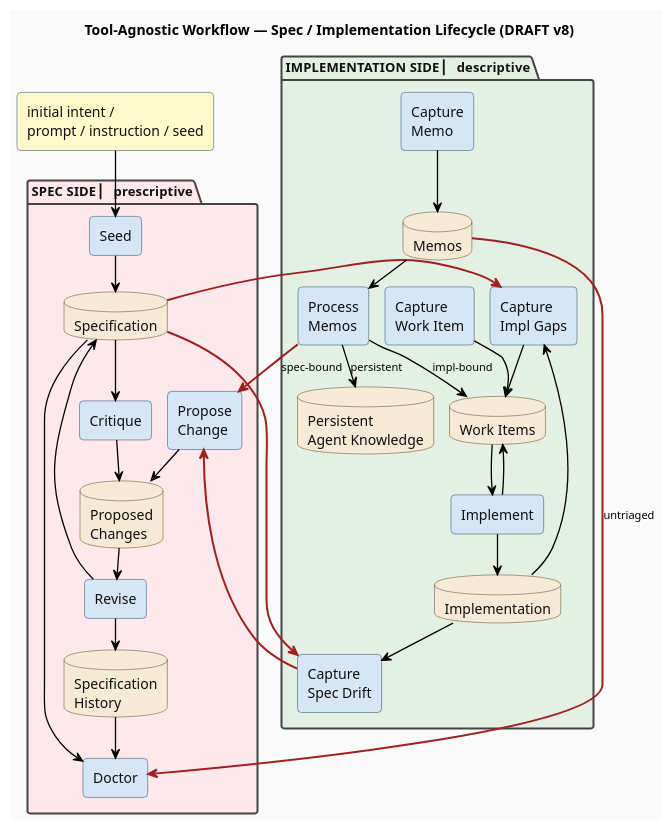
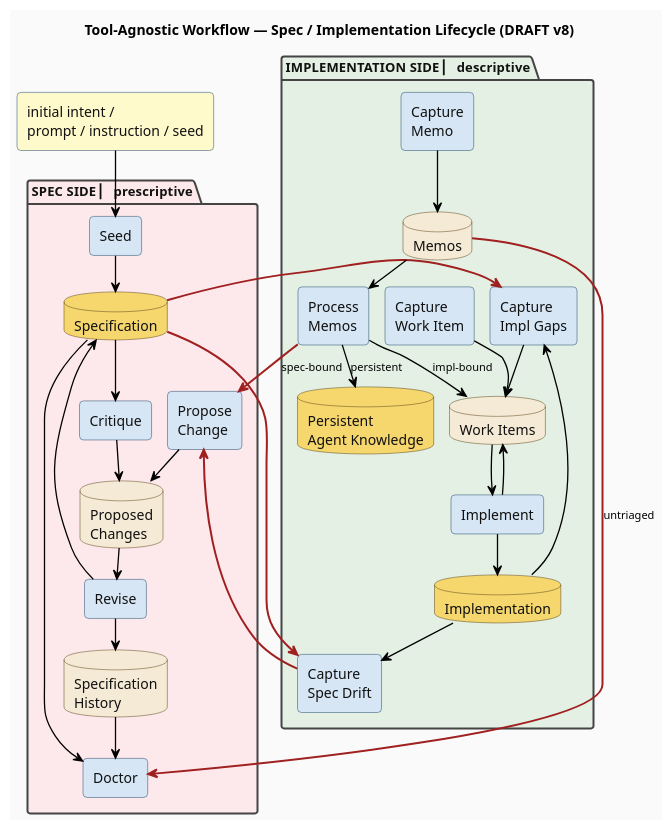
One commit to thewoolleyman/livespec changed the diagram in research/workflow-processes/diagrams/draft-tool-agnostic-workflow.plantuml. Above: the diagram before and after it, drawn with PlantUML. The commit also changed 2 other files, not shown here.

```diff
--- a/research/workflow-processes/diagrams/draft-tool-agnostic-workflow.plantuml
+++ b/research/workflow-processes/diagrams/draft-tool-agnostic-workflow.plantuml
@@ -1,140 +1,140 @@
 @startuml draft-tool-agnostic-workflow
 title Tool-Agnostic Workflow — Spec / Implementation Lifecycle (DRAFT v8)
 
 ' Container approach: package shapes for SPEC SIDE and
 ' IMPLEMENTATION SIDE. Accepts PlantUML's default side-by-side
 ' container layout in exchange for clean visual grouping that
 ' the v4-v7 flat-layout approach couldn't provide.
 '
 ' v8 = v7 content + package containers:
 ' - Single input box (no actor figures)
 ' - Spec → Capture Spec Drift edge included
 ' - Pure black arrows, dark fonts everywhere
 ' - Container packages do the spec/impl grouping (no separate
 '   SPEC SIDE / IMPLEMENTATION SIDE label boxes; no WALL element)
 
 skinparam defaultFontName Helvetica
 skinparam shadowing false
 skinparam BackgroundColor #fafafa
 skinparam ArrowColor #000000
 skinparam ArrowFontColor #000000
 skinparam ArrowFontSize 11
 skinparam ArrowThickness 1.3
 skinparam nodesep 16
 skinparam ranksep 26
 hide stereotype
 
 skinparam package {
   FontColor #111
   FontSize 13
   FontStyle bold
   BorderColor #444
   BorderThickness 2
 }
 
 skinparam rectangle {
   BackgroundColor #d6e6f5
   BorderColor #1f4768
   FontColor #111
   RoundCorner 8
 }
 
 skinparam database {
   BackgroundColor #f5ead5
   BorderColor #5a4319
   FontColor #111
 }
 
 ' ============================================================
 ' EXTERNAL INPUT (replaces actors)
 ' ============================================================
 
 rectangle "initial intent /\nprompt / instruction / seed" as Input #fffacc
 
 ' ============================================================
 ' SPEC SIDE
 ' ============================================================
 
 package "SPEC SIDE  ▏ prescriptive" as SpecPkg #fde8ec {
   rectangle "Seed" as Seed
   rectangle "Propose\nChange" as Propose
   rectangle "Critique" as Critique
   rectangle "Revise" as Revise
   rectangle "Doctor" as Doctor
 
-  database "Specification" as Spec
+  database "Specification" as Spec #f5d76e
   database "Proposed\nChanges" as PCQueue
   database "Specification\nHistory" as History
 }
 
 ' ============================================================
 ' IMPLEMENTATION SIDE
 ' ============================================================
 
 package "IMPLEMENTATION SIDE  ▏ descriptive" as ImplPkg #e3f0e3 {
   rectangle "Capture\nImpl Gaps" as CaptureImplGaps
   rectangle "Capture\nWork Item" as CaptureWorkItem
   rectangle "Implement" as Implement
   rectangle "Capture\nSpec Drift" as CaptureSpecDrift
   rectangle "Capture\nMemo" as CaptureMemo
   rectangle "Process\nMemos" as ProcessMemos
 
-  database "Implementation" as Impl
+  database "Implementation" as Impl #f5d76e
   database "Work Items" as WorkItems
   database "Memos" as Memos
-  database "Persistent\nAgent Knowledge" as AgentKnowledge
+  database "Persistent\nAgent Knowledge" as AgentKnowledge #f5d76e
 }
 
 ' ============================================================
 ' VISIBLE EDGES (data flow)
 ' ============================================================
 
 ' External input → Seed
 Input --> Seed
 
 ' Spec lifecycle
 Seed --> Spec
 Propose --> PCQueue
 PCQueue --> Revise
 Revise --> Spec
 Revise --> History
 Spec --> Critique
 Critique --> PCQueue
 Spec --> Doctor
 History --> Doctor
 
 ' Cross-boundary: SPEC → IMPL (prescription)
 Spec -[#a02020,thickness=2]-> CaptureImplGaps
 
 ' Cross-boundary: SPEC → IMPL (spec input to drift detection)
 Spec -[#a02020,thickness=2]-> CaptureSpecDrift
 
 ' Impl gap lifecycle
 Impl --> CaptureImplGaps
 CaptureImplGaps --> WorkItems
 WorkItems --> Implement
 Implement --> Impl
 Implement --> WorkItems
 
 ' Direct work item filing (freeform, no gap-id)
 CaptureWorkItem --> WorkItems
 
 ' Spec-drift detection
 Impl --> CaptureSpecDrift
 
 ' Cross-boundary: IMPL → SPEC (drift findings)
 CaptureSpecDrift -[#a02020,thickness=2]-> Propose
 
 ' Memo lifecycle
 CaptureMemo --> Memos
 Memos --> ProcessMemos
 ProcessMemos --> WorkItems : impl-bound
 ProcessMemos --> AgentKnowledge : persistent
 
 ' Cross-boundary: IMPL → SPEC (spec-bound memo)
 ProcessMemos -[#a02020,thickness=2]-> Propose : spec-bound
 
 ' Cross-boundary: IMPL → SPEC (doctor hygiene query)
 Memos -[#a02020,thickness=2]-> Doctor : untriaged
 
 @enduml
```
